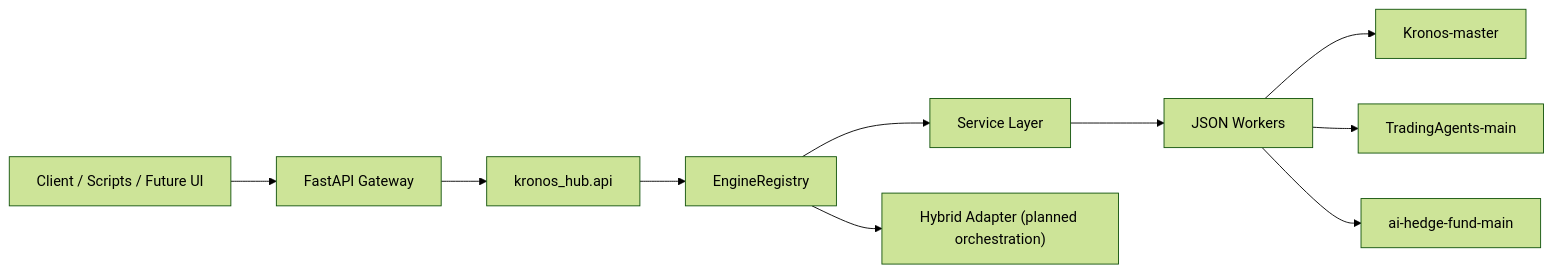
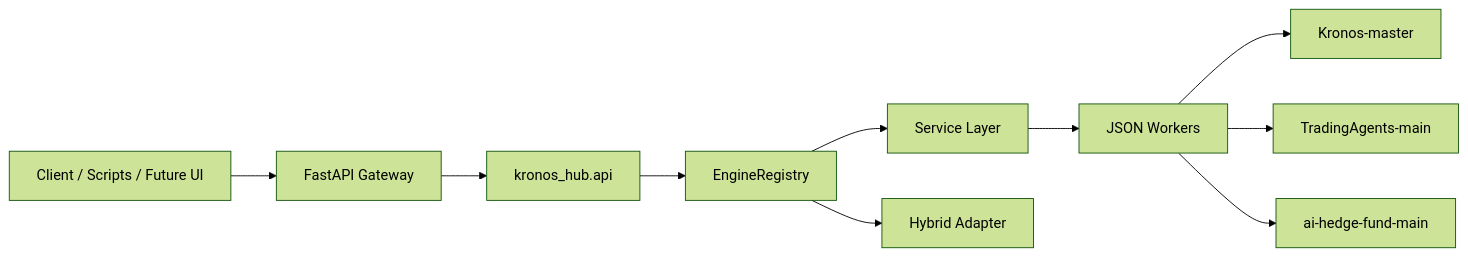
The diagram in README.md (b1ue13e/kronos-hub), drawn with Mermaid (forest theme) before and after one commit. The commit also changed other lines of this file and 16 other files, not shown here.

````diff
--- a/README.md
+++ b/README.md
@@ -47,12 +105,12 @@
 ```mermaid
 flowchart LR
     Client["Client / Scripts / Future UI"] --> Gateway["FastAPI Gateway"]
     Gateway --> API["kronos_hub.api"]
     API --> Registry["EngineRegistry"]
     Registry --> Services["Service Layer"]
     Services --> Workers["JSON Workers"]
     Workers --> Kronos["Kronos-master"]
     Workers --> TradingAgents["TradingAgents-main"]
     Workers --> AIHF["ai-hedge-fund-main"]
-    Registry --> Hybrid["Hybrid Adapter (planned orchestration)"]
+    Registry --> Hybrid["Hybrid Adapter"]
 ```
````
